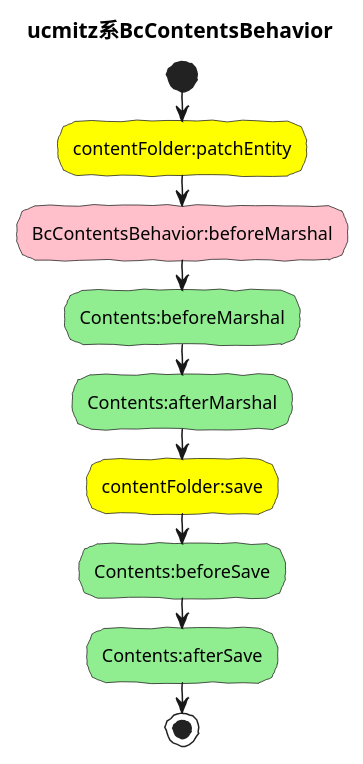
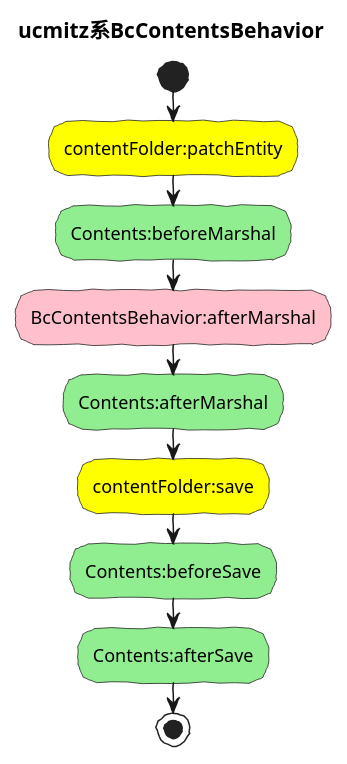
The diagram in src/puml/5/ucmitz/svg/activity/bc_contents_behavior/ucmitz_contents_create.puml (baserproject/baserproject.github.io), drawn with PlantUML before and after one commit. The commit also changed 6 other files, not shown here.

```diff
--- a/src/puml/5/ucmitz/svg/activity/bc_contents_behavior/ucmitz_contents_create.puml
+++ b/src/puml/5/ucmitz/svg/activity/bc_contents_behavior/ucmitz_contents_create.puml
@@ -1,15 +1,15 @@
 @startuml
 skinparam backgroundColor white
 skinparam handwritten true
 title "ucmitz系BcContentsBehavior"
 
 start
 #yellow :contentFolder:patchEntity;
-#Pink :BcContentsBehavior:beforeMarshal;
 #lightGreen :Contents:beforeMarshal;
+#Pink :BcContentsBehavior:afterMarshal;
 #lightGreen :Contents:afterMarshal;
 #yellow :contentFolder:save;
 #lightGreen :Contents:beforeSave;
 #lightGreen :Contents:afterSave;
 stop
 @enduml
```
